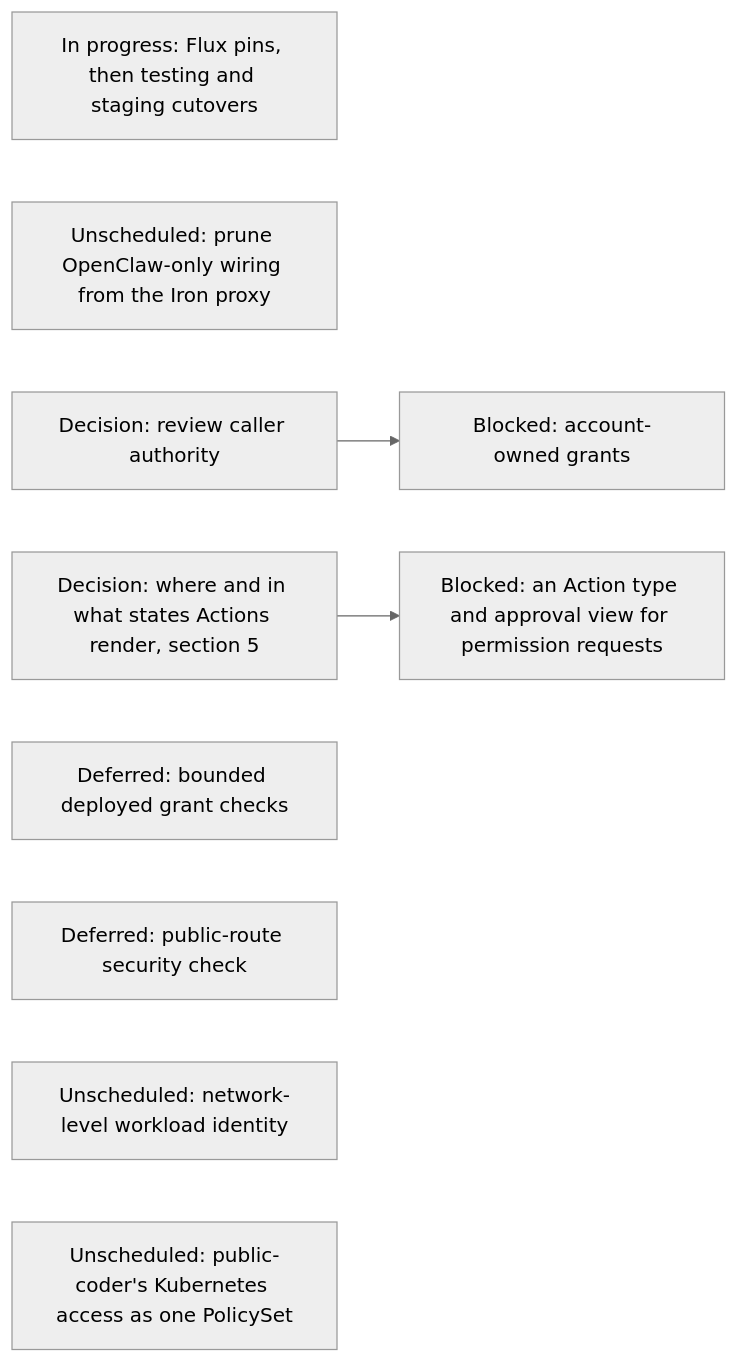
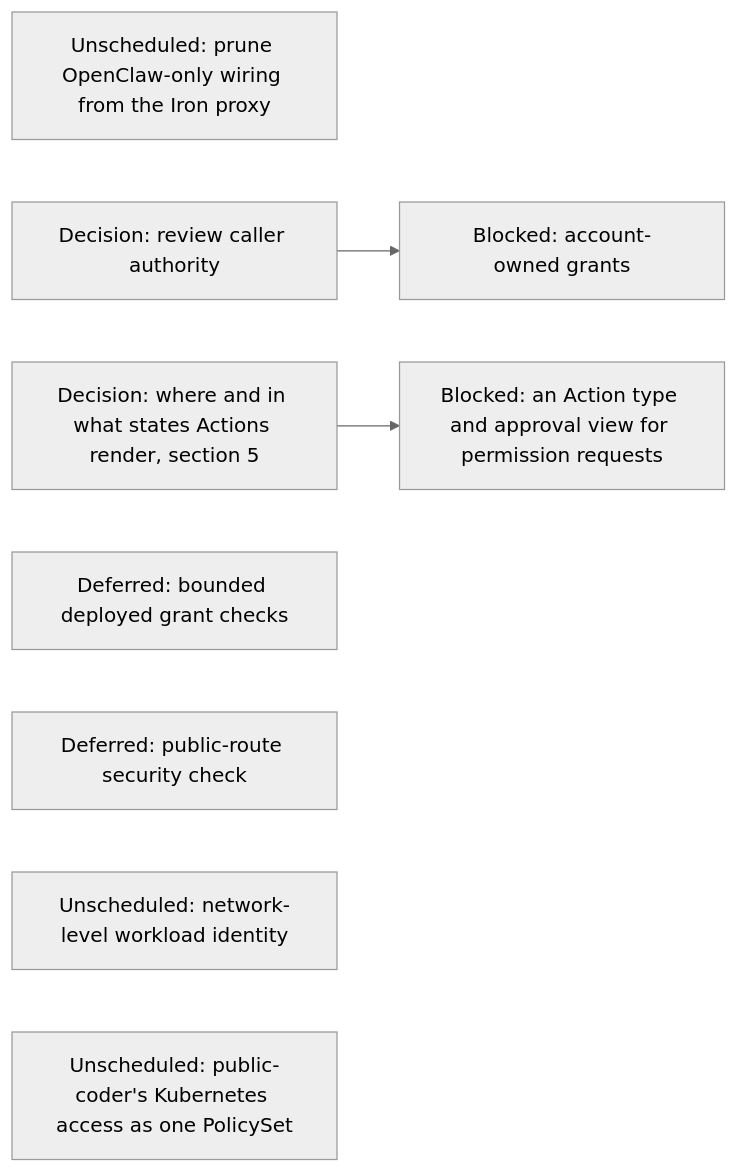
Before and after one commit to agentydragon-agent/ducktape: the ninth of 16 diagrams in agentplane/plans/task_dag.md, drawn with Mermaid (neutral theme). The commit also changed other lines of this file and 19 other files, not shown here.

````diff
--- a/agentplane/plans/task_dag.md
+++ b/agentplane/plans/task_dag.md
@@ -1116,13 +1103,12 @@
 ```mermaid
 flowchart LR
-    EGRESS_GO_CUTOVER[In progress: Flux pins, then testing and staging cutovers]
     PC_EGRESS[Unscheduled: prune OpenClaw-only wiring from the Iron proxy]
     CLAUDE_AI_SA[Decision: review caller authority] --> MANAGED_SA_RBAC[Blocked: account-owned grants]
     AGENT_PERMISSION_REQUESTS[Blocked: an Action type and approval view for permission requests]
     ACTION_SURFACES_DESIGN[Decision: where and in what states Actions render, section 5]
     ACTION_SURFACES_DESIGN --> AGENT_PERMISSION_REQUESTS
     SANDBOX_RBAC[Deferred: bounded deployed grant checks]
     NOTIFICATION_INGRESS_BOUNDARY[Deferred: public-route security check]
     NETWORK_WORKLOAD_IDENTITY[Unscheduled: network-level workload identity]
     PC_KUBERNETES_POLICY_SET[Unscheduled: public-coder's Kubernetes access as one PolicySet]
 ```
````
